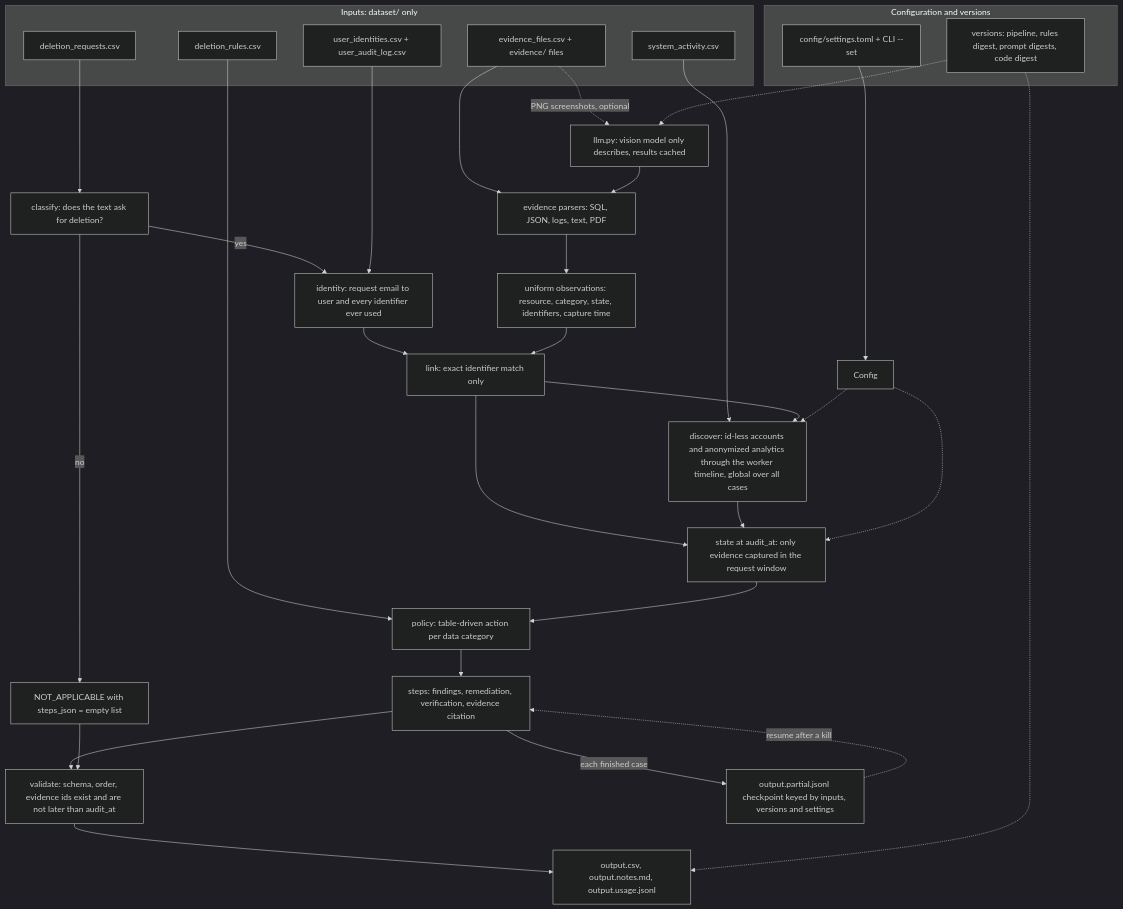
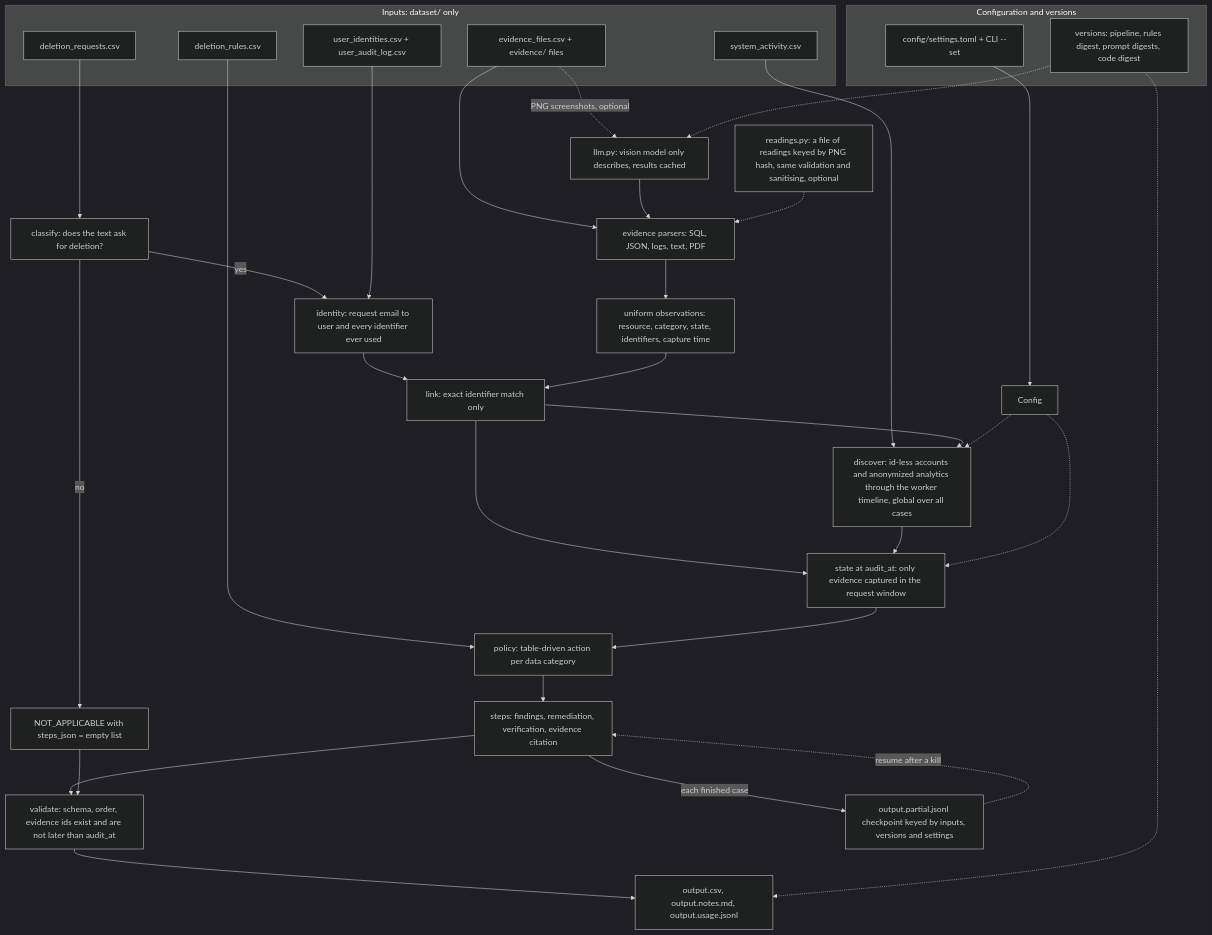
Before and after one commit to mohamedrahul56/hackerrank-orchestrate-october26: the diagram in ARCHITECTURE.md, drawn with Mermaid (dark theme). The commit also changed other lines of this file and 31 other files, not shown here.

````diff
--- a/ARCHITECTURE.md
+++ b/ARCHITECTURE.md
@@ -7,44 +7,45 @@
 ```mermaid
 flowchart TD
     subgraph IN["Inputs: dataset/ only"]
         REQ["deletion_requests.csv"]
         IDT["user_identities.csv + user_audit_log.csv"]
         RUL["deletion_rules.csv"]
         ACT["system_activity.csv"]
         EVF["evidence_files.csv + evidence/ files"]
     end
 
     subgraph SET["Configuration and versions"]
         TOML["config/settings.toml + CLI --set"]
         VER["versions: pipeline, rules digest, prompt digests, code digest"]
     end
 
     REQ --> CLS["classify: does the text ask for deletion?"]
     CLS -- "no" --> NA["NOT_APPLICABLE with steps_json = empty list"]
     CLS -- "yes" --> IDR["identity: request email to user and every identifier ever used"]
     IDT --> IDR
     EVF --> PARSE["evidence parsers: SQL, JSON, logs, text, PDF"]
     EVF -. "PNG screenshots, optional" .-> VLM["llm.py: vision model only describes, results cached"]
     VLM --> PARSE
+    RDG["readings.py: a file of readings keyed by PNG hash, same validation and sanitising, optional"] -.-> PARSE
     PARSE --> OBS["uniform observations: resource, category, state, identifiers, capture time"]
     IDR --> LINK["link: exact identifier match only"]
     OBS --> LINK
     ACT --> DISC["discover: id-less accounts and anonymized analytics through the worker timeline, global over all cases"]
     LINK --> DISC
     LINK --> STATE["state at audit_at: only evidence captured in the request window"]
     DISC --> STATE
     RUL --> POL["policy: table-driven action per data category"]
     STATE --> POL
     POL --> STEPS["steps: findings, remediation, verification, evidence citation"]
     STEPS --> VAL["validate: schema, order, evidence ids exist and are not later than audit_at"]
     NA --> VAL
     VAL --> OUT["output.csv, output.notes.md, output.usage.jsonl"]
 
     TOML --> CFG["Config"]
     CFG -.-> DISC
     CFG -.-> STATE
     VER -.-> OUT
     VER -.-> VLM
     STEPS -- "each finished case" --> CKPT["output.partial.jsonl checkpoint keyed by inputs, versions and settings"]
     CKPT -. "resume after a kill" .-> STEPS
 ```
````
